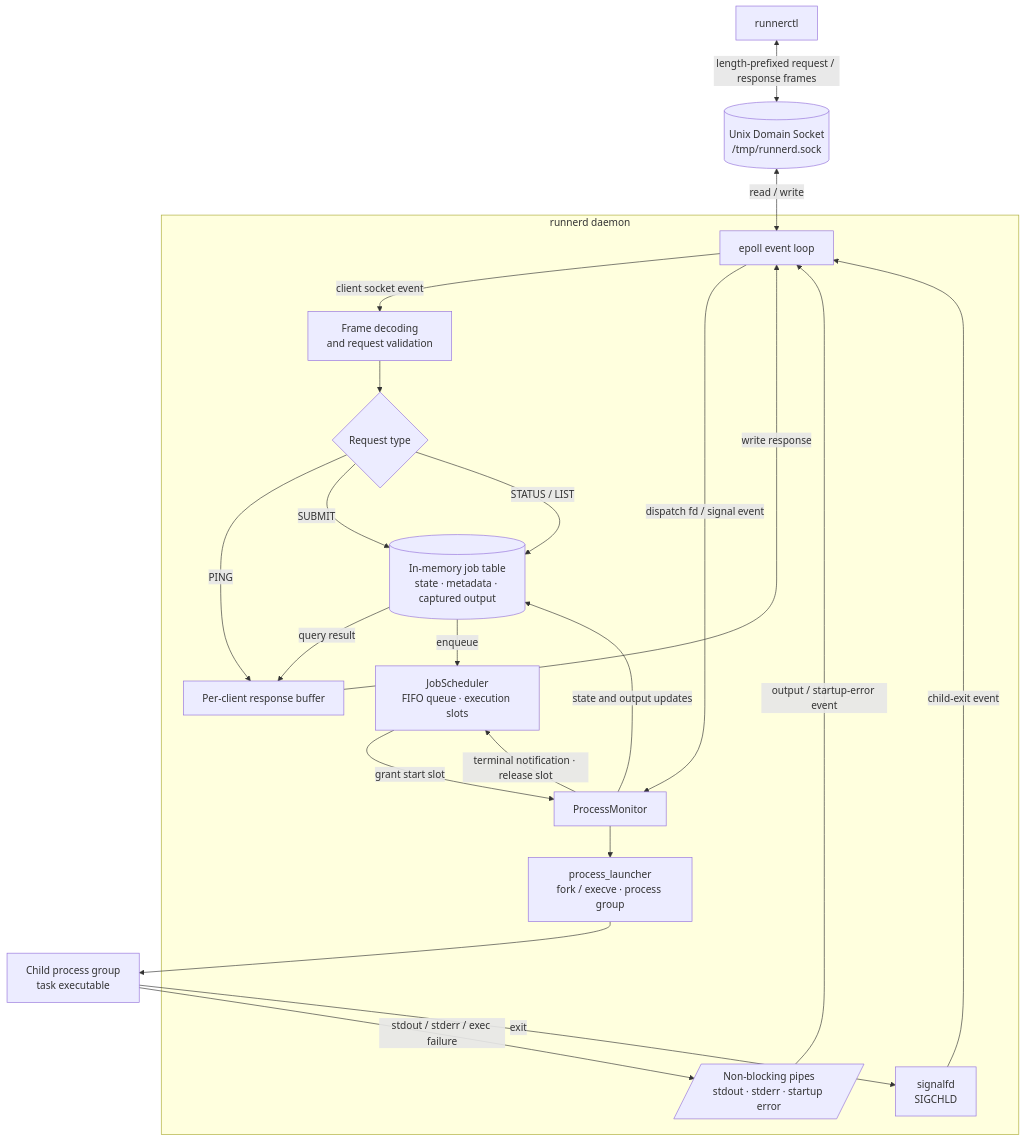
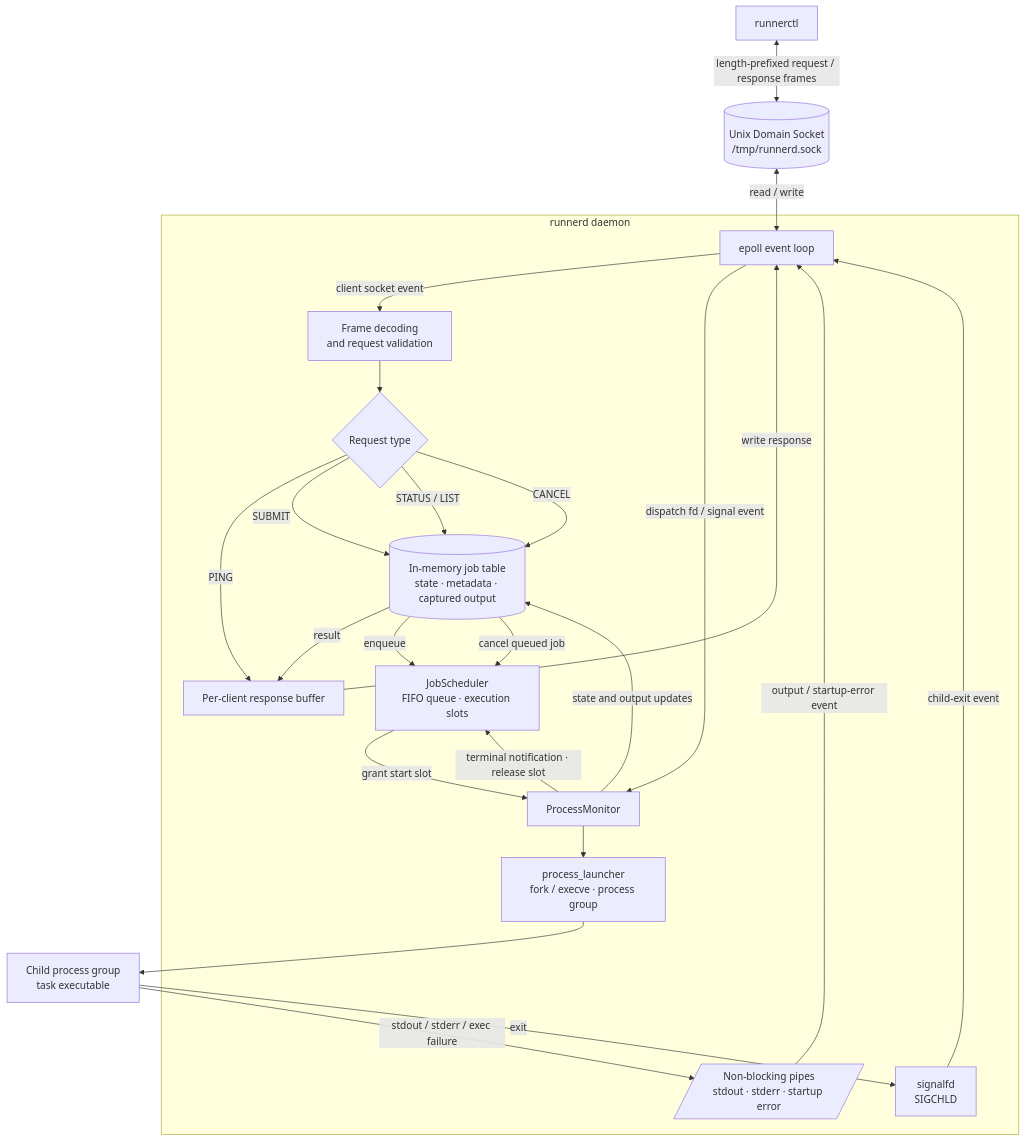
One commit to qxf-72/runnerd changed the diagram in README_EN.md. Above: the diagram before and after it, drawn with Mermaid. The commit also changed other lines of this file and 3 other files, not shown here.

Commit message:
docs: document queued job cancellation

````diff
--- a/README_EN.md
+++ b/README_EN.md
@@ -114,39 +117,41 @@
 ```mermaid
 flowchart TB
     CLI["runnerctl"]
     Socket[("Unix Domain Socket<br/>/tmp/runnerd.sock")]
     CLI <-->|"length-prefixed request / response frames"| Socket
 
     subgraph Daemon["runnerd daemon"]
         Loop["epoll event loop"]
         Decode["Frame decoding<br/>and request validation"]
         Route{"Request type"}
         Reply["Per-client response buffer"]
         Jobs[("In-memory job table<br/>state · metadata · captured output")]
         Scheduler["JobScheduler<br/>FIFO queue · execution slots"]
         Monitor["ProcessMonitor"]
         Launcher["process_launcher<br/>fork / execve · process group"]
         Signal["signalfd<br/>SIGCHLD"]
         Pipes[/"Non-blocking pipes<br/>stdout · stderr · startup error"/]
 
         Loop -->|"client socket event"| Decode --> Route
         Route -->|"PING"| Reply
         Route -->|"SUBMIT"| Jobs
         Route -->|"STATUS / LIST"| Jobs
-        Jobs -->|"query result"| Reply
+        Route -->|"CANCEL"| Jobs
+        Jobs -->|"result"| Reply
         Reply -->|"write response"| Loop
 
         Jobs -->|"enqueue"| Scheduler
+        Jobs -->|"cancel queued job"| Scheduler
         Scheduler -->|"grant start slot"| Monitor --> Launcher
         Pipes -->|"output / startup-error event"| Loop
         Signal -->|"child-exit event"| Loop
         Loop -->|"dispatch fd / signal event"| Monitor
         Monitor -->|"state and output updates"| Jobs
         Monitor -->|"terminal notification · release slot"| Scheduler
     end
 
     Socket <-->|"read / write"| Loop
     Launcher --> Child["Child process group<br/>task executable"]
     Child -->|"stdout / stderr / exec failure"| Pipes
     Child -->|"exit"| Signal
 ```
````
